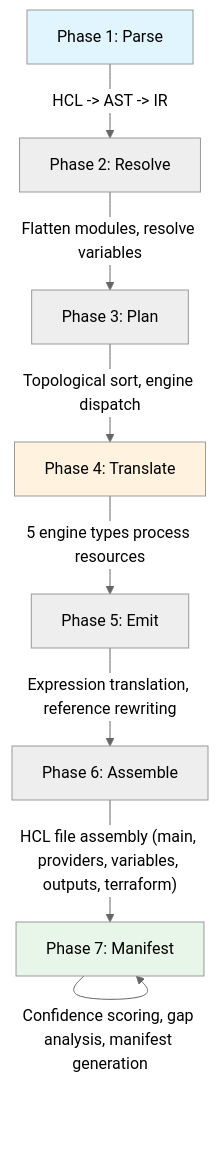
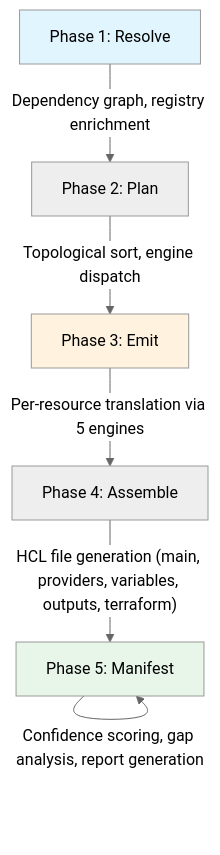
One commit to ste-bah/tla-translation-platform changed the second of 2 diagrams in README.md. Above: the diagram before and after it, drawn with Mermaid. The commit also changed other lines of this file and 48 other files, not shown here.

````diff
--- a/README.md
+++ b/README.md
@@ -94,23 +100,19 @@
 ```mermaid
 %%{init: {"theme": "neutral"}}%%
 flowchart TD
-    P1["Phase 1: Parse"]
-    P2["Phase 2: Resolve"]
-    P3["Phase 3: Plan"]
-    P4["Phase 4: Translate"]
-    P5["Phase 5: Emit"]
-    P6["Phase 6: Assemble"]
-    P7["Phase 7: Manifest"]
+    P1["Phase 1: Resolve"]
+    P2["Phase 2: Plan"]
+    P3["Phase 3: Emit"]
+    P4["Phase 4: Assemble"]
+    P5["Phase 5: Manifest"]
 
-    P1 -->|"HCL -> AST -> IR"| P2
-    P2 -->|"Flatten modules, resolve variables"| P3
-    P3 -->|"Topological sort, engine dispatch"| P4
-    P4 -->|"5 engine types process resources"| P5
-    P5 -->|"Expression translation, reference rewriting"| P6
-    P6 -->|"HCL file assembly (main, providers, variables, outputs, terraform)"| P7
-    P7 -->|"Confidence scoring, gap analysis, manifest generation"| P7
+    P1 -->|"Dependency graph, registry enrichment"| P2
+    P2 -->|"Topological sort, engine dispatch"| P3
+    P3 -->|"Per-resource translation via 5 engines"| P4
+    P4 -->|"HCL file generation (main, providers, variables, outputs, terraform)"| P5
+    P5 -->|"Confidence scoring, gap analysis, report generation"| P5
 
     style P1 fill:#e1f5fe
-    style P4 fill:#fff3e0
-    style P7 fill:#e8f5e9
+    style P3 fill:#fff3e0
+    style P5 fill:#e8f5e9
 ```
````
